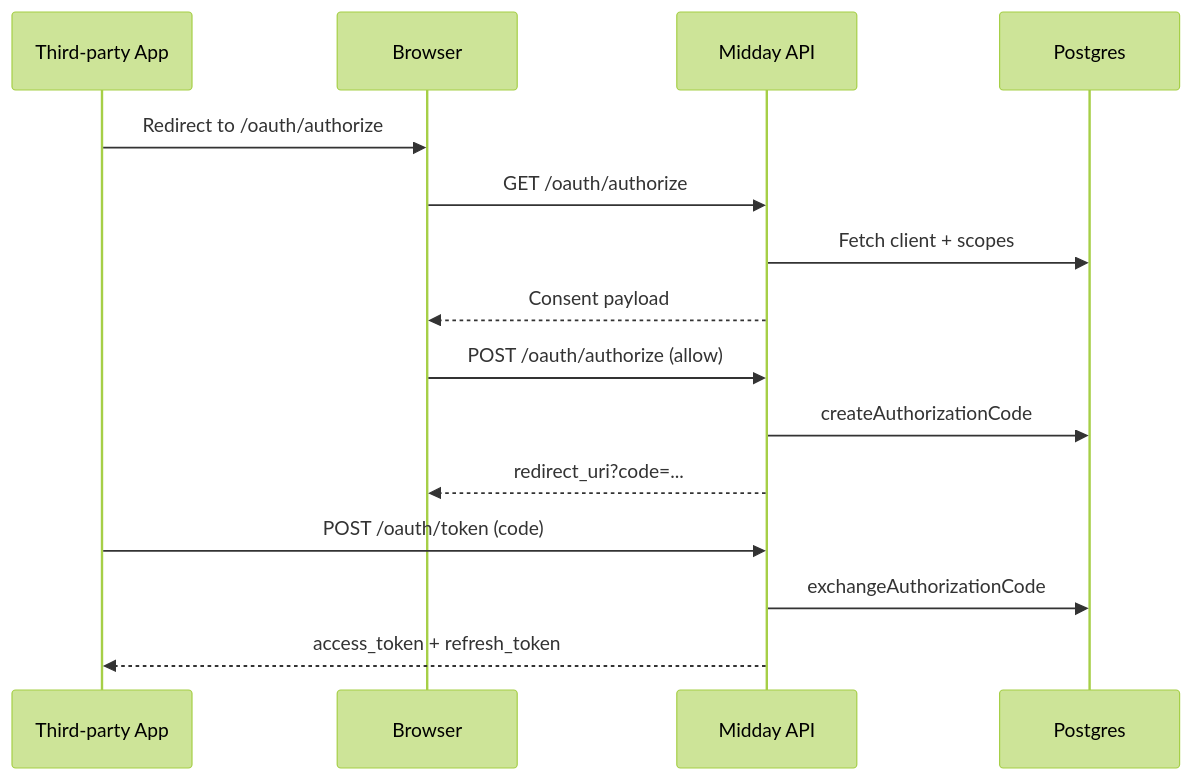
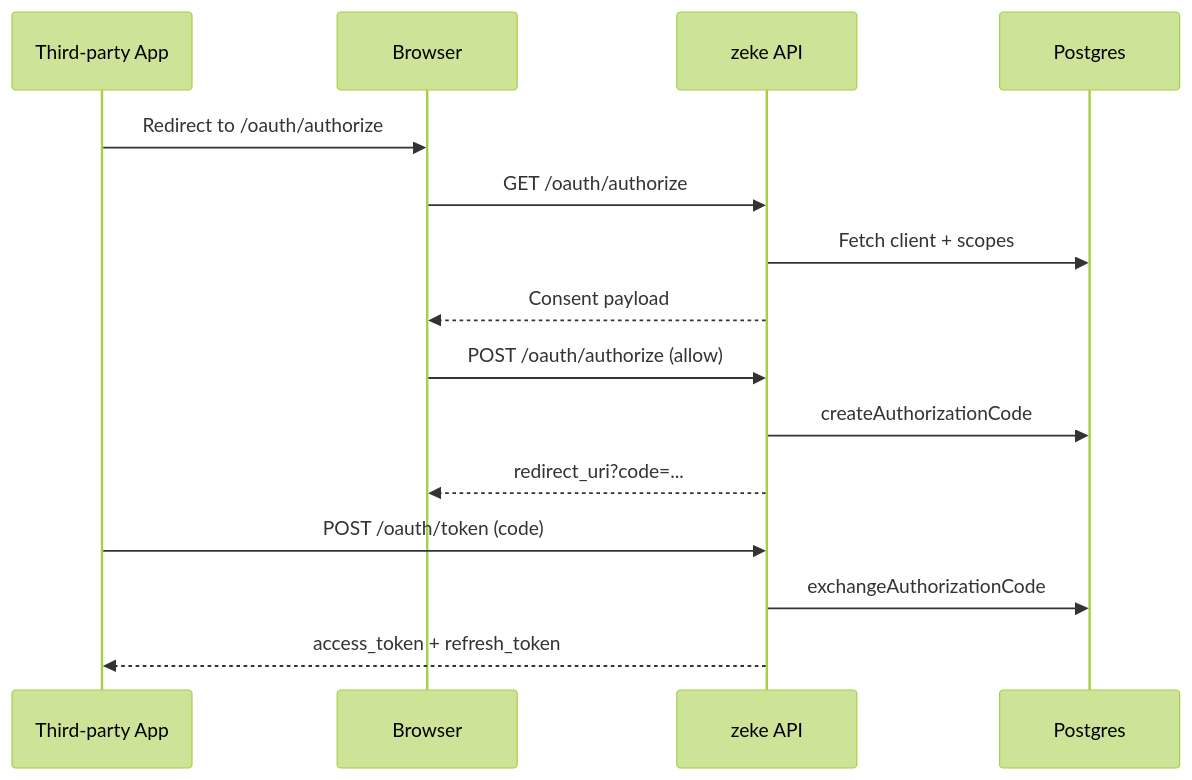
One commit to ParkerRex/zeke changed the third of 4 diagrams in docs/midday-explained/auth-explainer.md. Above: the diagram before and after it, drawn with Mermaid (forest theme). The commit also changed other lines of this file and 96 other files, not shown here.

````diff
--- a/docs/midday-explained/auth-explainer.md
+++ b/docs/midday-explained/auth-explainer.md
@@ -116,17 +116,17 @@
   ```mermaid
   sequenceDiagram
     participant App as Third-party App
     participant User as Browser
-    participant API as Midday API
+    participant API as zeke API
     participant DB as Postgres
     App->>User: Redirect to /oauth/authorize
     User->>API: GET /oauth/authorize
     API->>DB: Fetch client + scopes
     API-->>User: Consent payload
     User->>API: POST /oauth/authorize (allow)
     API->>DB: createAuthorizationCode
     API-->>User: redirect_uri?code=...
     App->>API: POST /oauth/token (code)
     API->>DB: exchangeAuthorizationCode
     API-->>App: access_token + refresh_token
   ```
````
